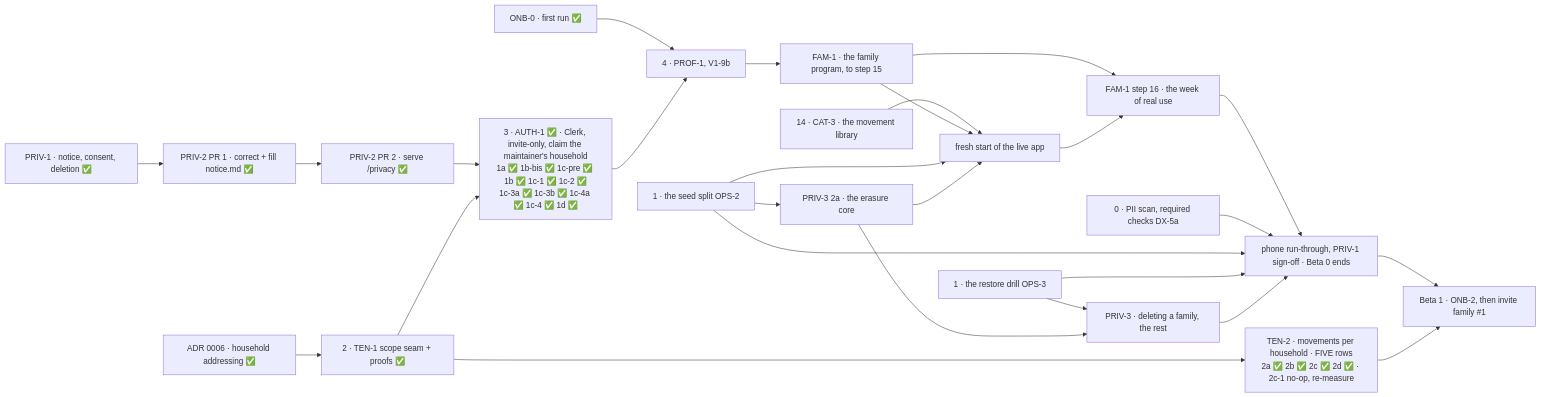
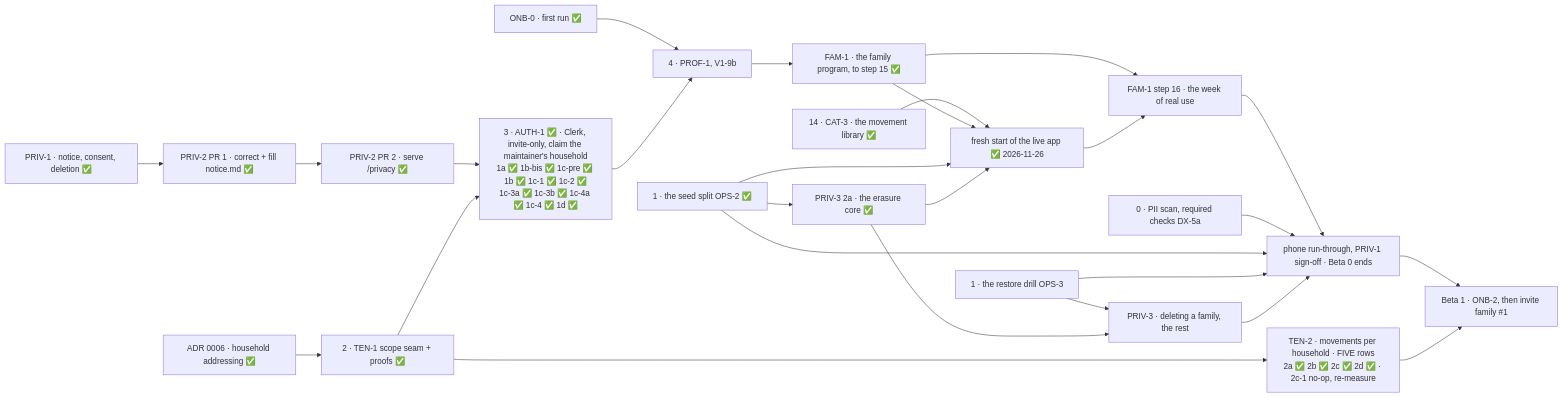
One commit to ralamode/mat-plan changed the diagram in docs/milestones/beta-1.md. Above: the diagram before and after it, drawn with Mermaid. The commit also changed other lines of this file and 3 other files, not shown here.

First line of the commit message:
docs(roadmap): the roadmap and Beta 0's status describe the app after the fresh start (#825)

````diff
--- a/docs/milestones/beta-1.md
+++ b/docs/milestones/beta-1.md
@@ -97,28 +97,28 @@
 ```mermaid
 flowchart LR
   ONB[ONB-0 · first run ✅] --> S
   PRIV[PRIV-1 · notice, consent, deletion ✅] --> P1[PRIV-2 PR 1 · correct + fill notice.md ✅]
   P1 --> P2[PRIV-2 PR 2 · serve /privacy ✅]
   P2 --> AU
   C[ADR 0006 · household addressing ✅] --> T[2 · TEN-1 scope seam + proofs ✅]
   T --> AU[3 · AUTH-1 ✅ · Clerk, invite-only, claim the maintainer's household<br/>1a ✅ 1b-bis ✅ 1c-pre ✅ 1b ✅ 1c-1 ✅ 1c-2 ✅<br/>1c-3a ✅ 1c-3b ✅ 1c-4a ✅ 1c-4 ✅ 1d ✅]
   T --> T2[TEN-2 · movements per household · FIVE rows<br/>2a ✅ 2b ✅ 2c ✅ 2d ✅ · 2c-1 no-op, re-measure]
   AU --> S[4 · PROF-1, V1-9b]
-  S --> F[FAM-1 · the family program, to step 15]
-  K[14 · CAT-3 · the movement library] --> R[fresh start of the live app]
+  S --> F[FAM-1 · the family program, to step 15 ✅]
+  K[14 · CAT-3 · the movement library ✅] --> R[fresh start of the live app ✅ 2026-11-26]
   F --> R
-  O2[1 · the seed split OPS-2] --> R
-  O2 --> P3a[PRIV-3 2a · the erasure core]
+  O2[1 · the seed split OPS-2 ✅] --> R
+  O2 --> P3a[PRIV-3 2a · the erasure core ✅]
   P3a --> R
   F --> W[FAM-1 step 16 · the week of real use]
   R --> W
   W --> B0[phone run-through, PRIV-1 sign-off · Beta 0 ends]
   N[0 · PII scan, required checks DX-5a] --> B0
   O2 --> B0
   O3[1 · the restore drill OPS-3] --> P3[PRIV-3 · deleting a family, the rest]
   P3a --> P3
   O3 --> B0
   P3 --> B0
   B0 --> I[Beta 1 · ONB-2, then invite family #1]
   T2 --> I
 ```
````
